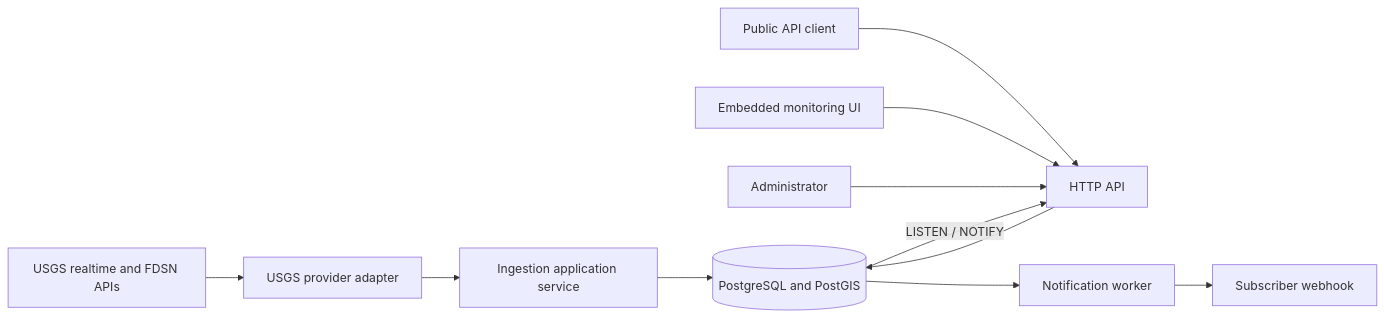
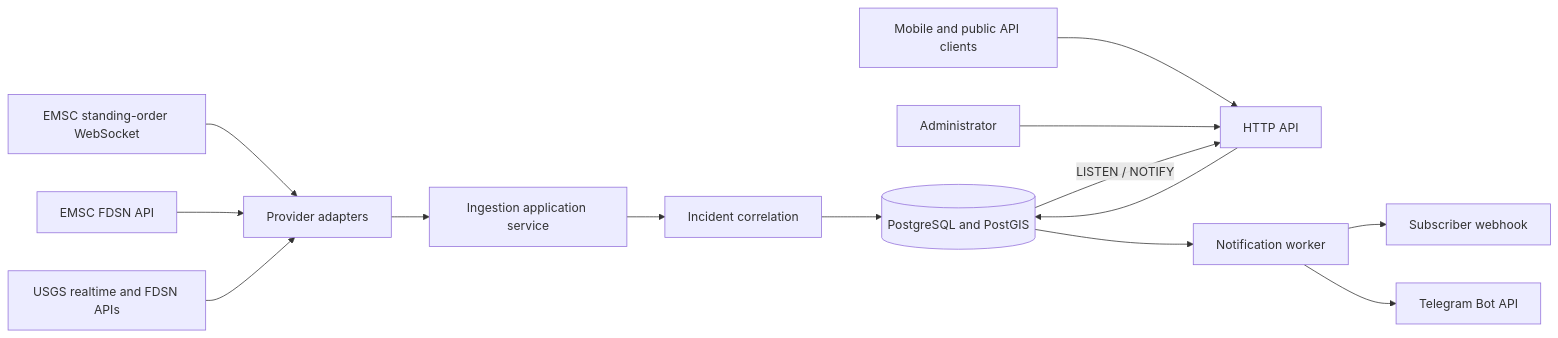
The first of 2 diagrams in docs/architecture.md (stanislavdev3/shaker), drawn with Mermaid before and after one commit. The commit also changed other lines of this file and 72 other files, not shown here.

````diff
--- a/docs/architecture.md
+++ b/docs/architecture.md
@@ -5,13 +5,16 @@
 ```mermaid
 flowchart LR
-    USGS[USGS realtime and FDSN APIs] --> Provider[USGS provider adapter]
-    Provider --> Ingestion[Ingestion application service]
-    Ingestion --> DB[(PostgreSQL and PostGIS)]
-    Client[Public API client] --> API[HTTP API]
-    Browser[Embedded monitoring UI] --> API
+    EMSCWS[EMSC standing-order WebSocket] --> Providers[Provider adapters]
+    EMSCFDSN[EMSC FDSN API] --> Providers
+    USGS[USGS realtime and FDSN APIs] --> Providers
+    Providers --> Ingestion[Ingestion application service]
+    Ingestion --> Correlation[Incident correlation]
+    Correlation --> DB[(PostgreSQL and PostGIS)]
+    Client[Mobile and public API clients] --> API[HTTP API]
     Admin[Administrator] --> API
     API --> DB
     DB -- LISTEN / NOTIFY --> API
     DB --> Worker[Notification worker]
     Worker --> Webhook[Subscriber webhook]
+    Worker --> Telegram[Telegram Bot API]
 ```
````
